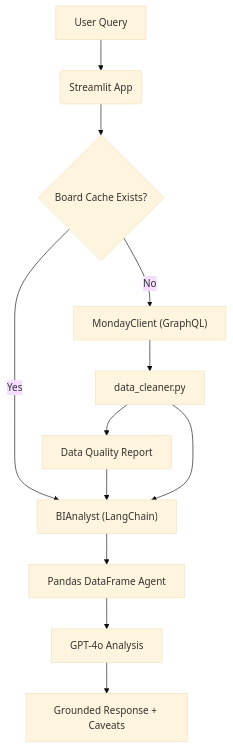
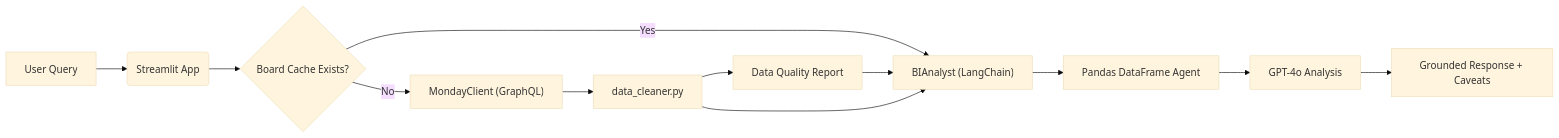
The diagram in README.md (Krish6115/drone-ops-ai-reporter), drawn with Mermaid (base theme) before and after one commit.

Commit message:
Change architecture diagram orientation to horizontal (LR)

````diff
--- a/README.md
+++ b/README.md
@@ -43,14 +43,14 @@
 ```mermaid
-flowchart TD
+flowchart LR
     A["User Query"] --> B("Streamlit App")
     B --> C{"Board Cache Exists?"}
     C -- No --> D["MondayClient (GraphQL)"]
     D --> E["data_cleaner.py"]
     E --> F["Data Quality Report"]
     C -- Yes --> G["BIAnalyst (LangChain)"]
     F --> G
     E --> G
     G --> H["Pandas DataFrame Agent"]
     H --> I["GPT-4o Analysis"]
     I --> J["Grounded Response + Caveats"]
 ```
````
